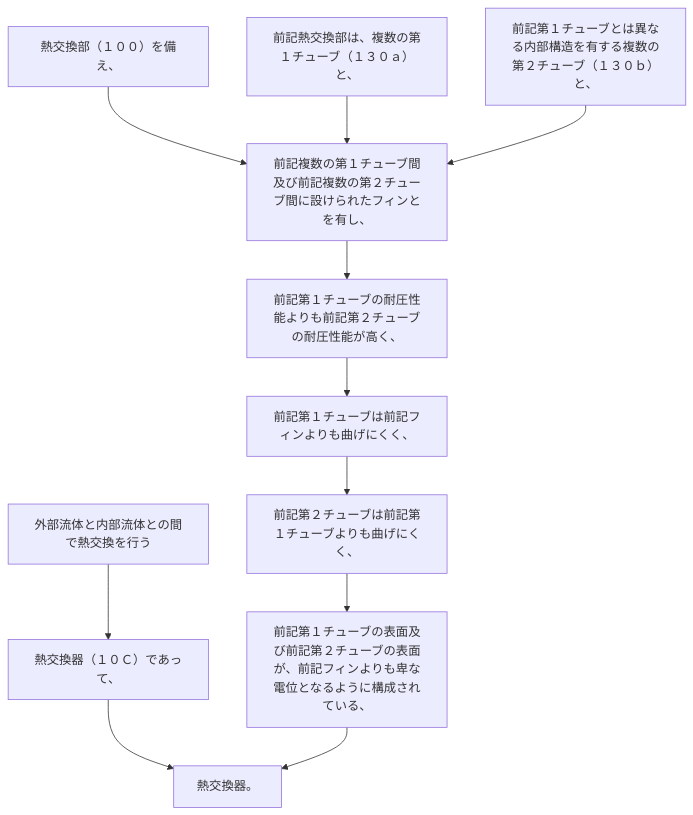
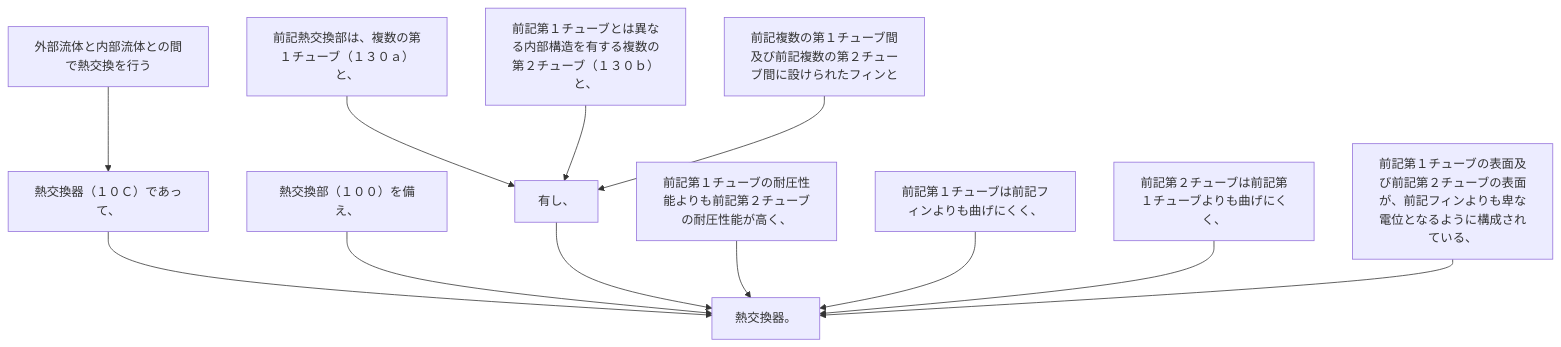
The diagram in 2024/JP2024007944A/claim_9/claim_9_graph.md (shinmori55/patent_analyzed), drawn with Mermaid before and after one commit. The commit also changed 3332 other files, not shown here.

````diff
--- a/2024/JP2024007944A/claim_9/claim_9_graph.md
+++ b/2024/JP2024007944A/claim_9/claim_9_graph.md
@@ -1,24 +1,26 @@
 ```mermaid
 flowchart TD
 A[外部流体と内部流体との間で熱交換を行う]
 B[熱交換器（１０Ｃ）であって、]
 C[熱交換部（１００）を備え、]
 D[前記熱交換部は、複数の第１チューブ（１３０ａ）と、]
 E[前記第１チューブとは異なる内部構造を有する複数の第２チューブ（１３０ｂ）と、]
-F[前記複数の第１チューブ間及び前記複数の第２チューブ間に設けられたフィンとを有し、]
-G[前記第１チューブの耐圧性能よりも前記第２チューブの耐圧性能が高く、]
-H[前記第１チューブは前記フィンよりも曲げにくく、]
-I[前記第２チューブは前記第１チューブよりも曲げにくく、]
-J[前記第１チューブの表面及び前記第２チューブの表面が、前記フィンよりも卑な電位となるように構成されている、]
-K[熱交換器。]
+F[前記複数の第１チューブ間及び前記複数の第２チューブ間に設けられたフィンと]
+G[有し、]
+H[前記第１チューブの耐圧性能よりも前記第２チューブの耐圧性能が高く、]
+I[前記第１チューブは前記フィンよりも曲げにくく、]
+J[前記第２チューブは前記第１チューブよりも曲げにくく、]
+K[前記第１チューブの表面及び前記第２チューブの表面が、前記フィンよりも卑な電位となるように構成されている、]
+L[熱交換器。]
 A --> B
-B --> K
-C --> F
-D --> F
-E --> F
+B --> L
+C --> L
+D --> G
+E --> G
 F --> G
-G --> H
-H --> I
-I --> J
-J --> K
+G --> L
+H --> L
+I --> L
+J --> L
+K --> L
 ```
````
